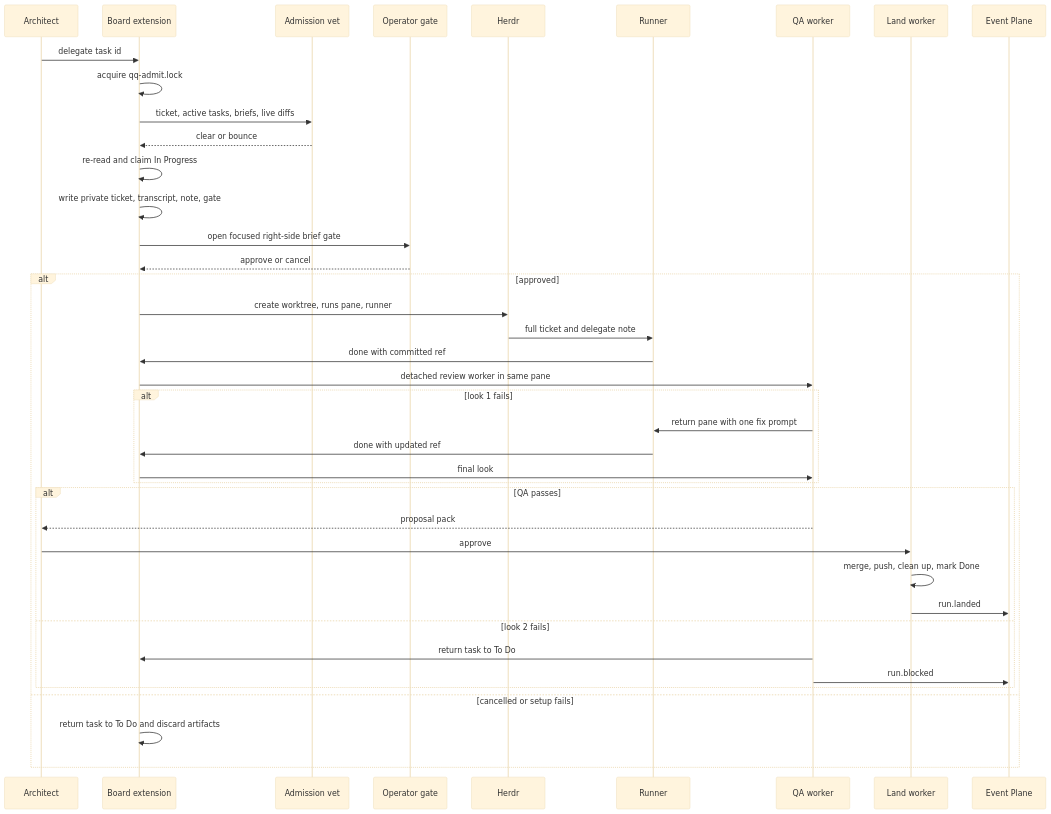
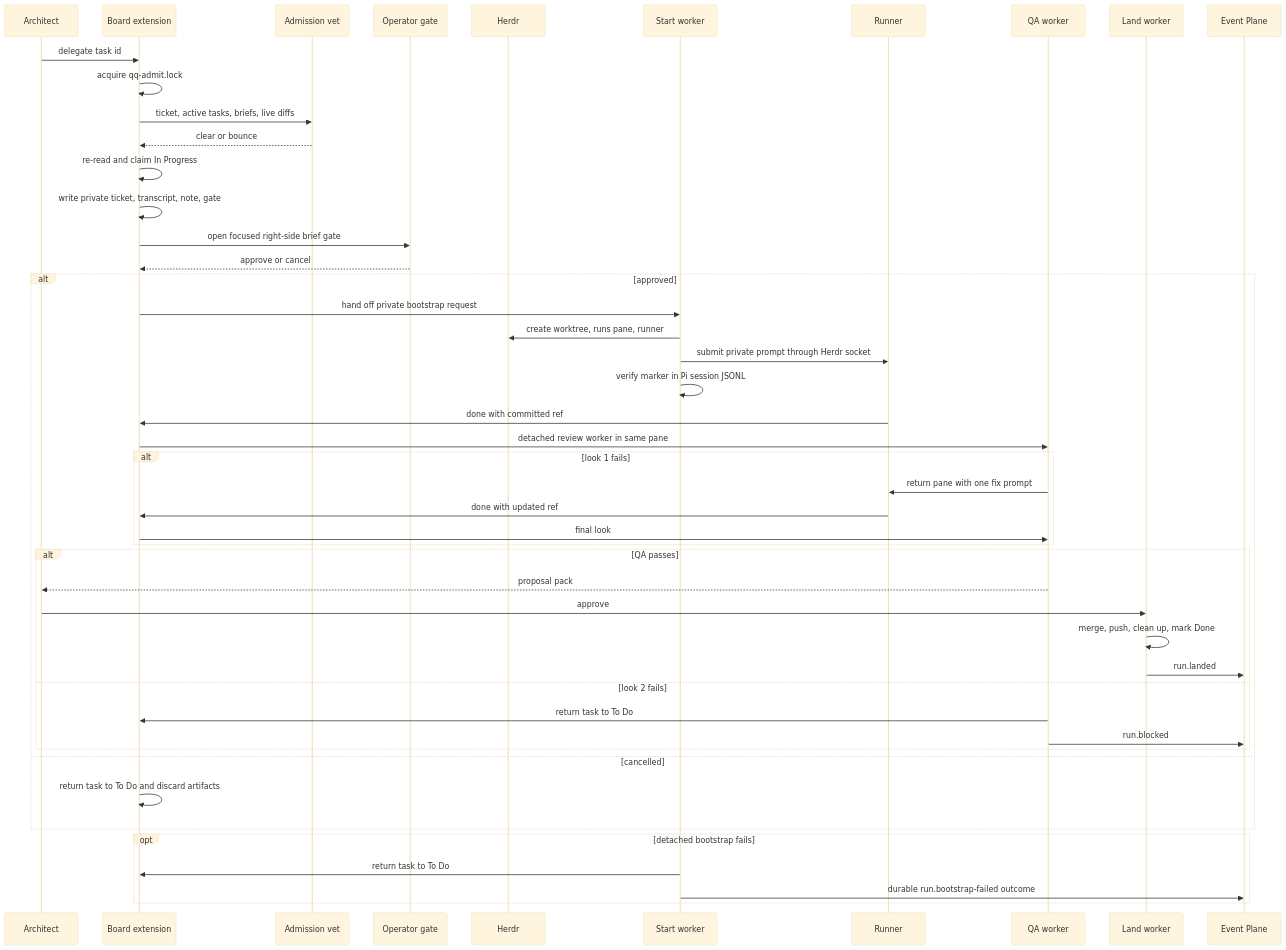
The first of 2 diagrams in openwiki/workflow/delegation-and-review.md (hypermemetic-ai/qq), drawn with Mermaid (base theme) before and after one commit. The commit also changed other lines of this file and 5 other files, not shown here.

````diff
--- a/openwiki/workflow/delegation-and-review.md
+++ b/openwiki/workflow/delegation-and-review.md
@@ -27,43 +27,50 @@
 ```mermaid
 sequenceDiagram
     participant A as Architect
     participant B as Board extension
     participant V as Admission vet
     participant O as Operator gate
     participant H as Herdr
+    participant S as Start worker
     participant R as Runner
     participant Q as QA worker
     participant L as Land worker
     participant E as Event Plane
 
     A->>B: delegate task id
     B->>B: acquire qq-admit.lock
     B->>V: ticket, active tasks, briefs, live diffs
     V-->>B: clear or bounce
     B->>B: re-read and claim In Progress
     B->>B: write private ticket, transcript, note, gate
     B->>O: open focused right-side brief gate
     O-->>B: approve or cancel
     alt approved
-        B->>H: create worktree, runs pane, runner
-        H->>R: full ticket and delegate note
+        B->>S: hand off private bootstrap request
+        S->>H: create worktree, runs pane, runner
+        S->>R: submit private prompt through Herdr socket
+        S->>S: verify marker in Pi session JSONL
         R->>B: done with committed ref
         B->>Q: detached review worker in same pane
         alt look 1 fails
             Q->>R: return pane with one fix prompt
             R->>B: done with updated ref
             B->>Q: final look
         end
         alt QA passes
             Q-->>A: proposal pack
             A->>L: approve
             L->>L: merge, push, clean up, mark Done
             L->>E: run.landed
         else look 2 fails
             Q->>B: return task to To Do
             Q->>E: run.blocked
         end
-    else cancelled or setup fails
+    else cancelled
         B->>B: return task to To Do and discard artifacts
     end
+    opt detached bootstrap fails
+        S->>B: return task to To Do
+        S->>E: durable run.bootstrap-failed outcome
+    end
 ```
````
